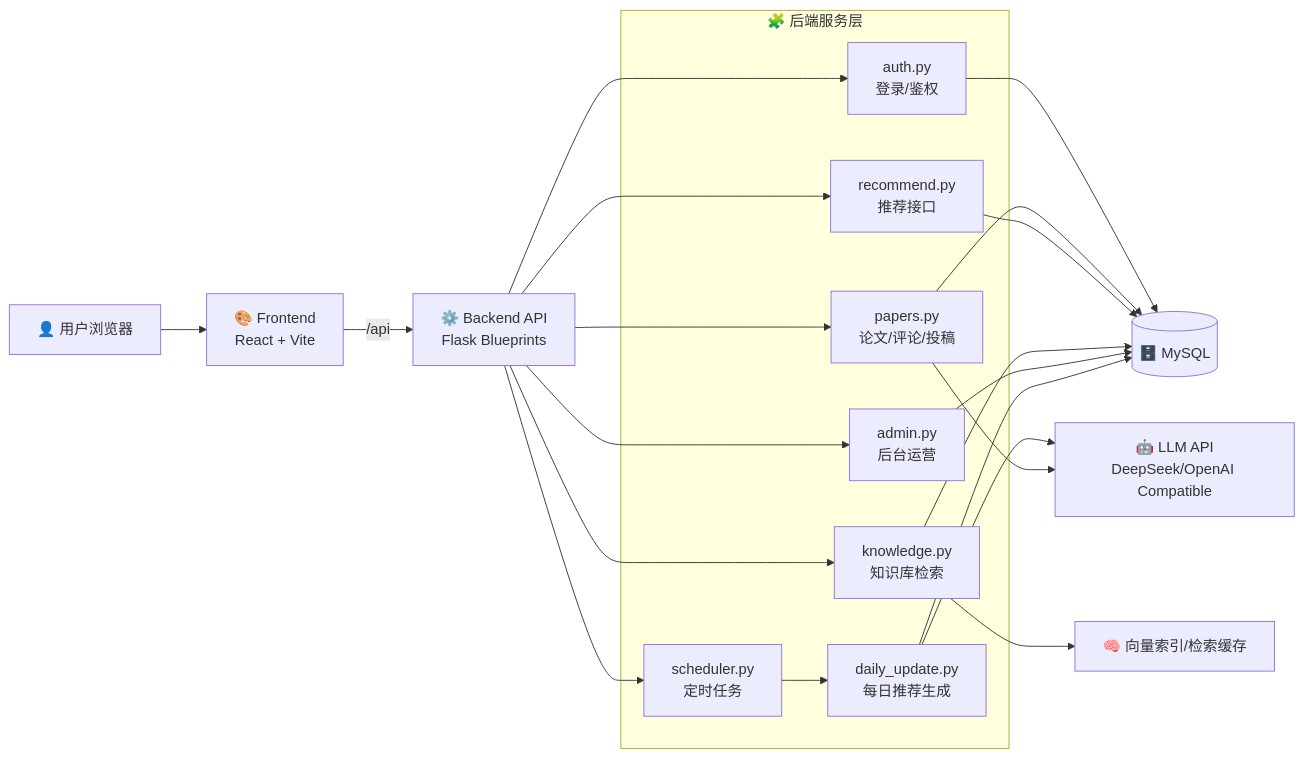
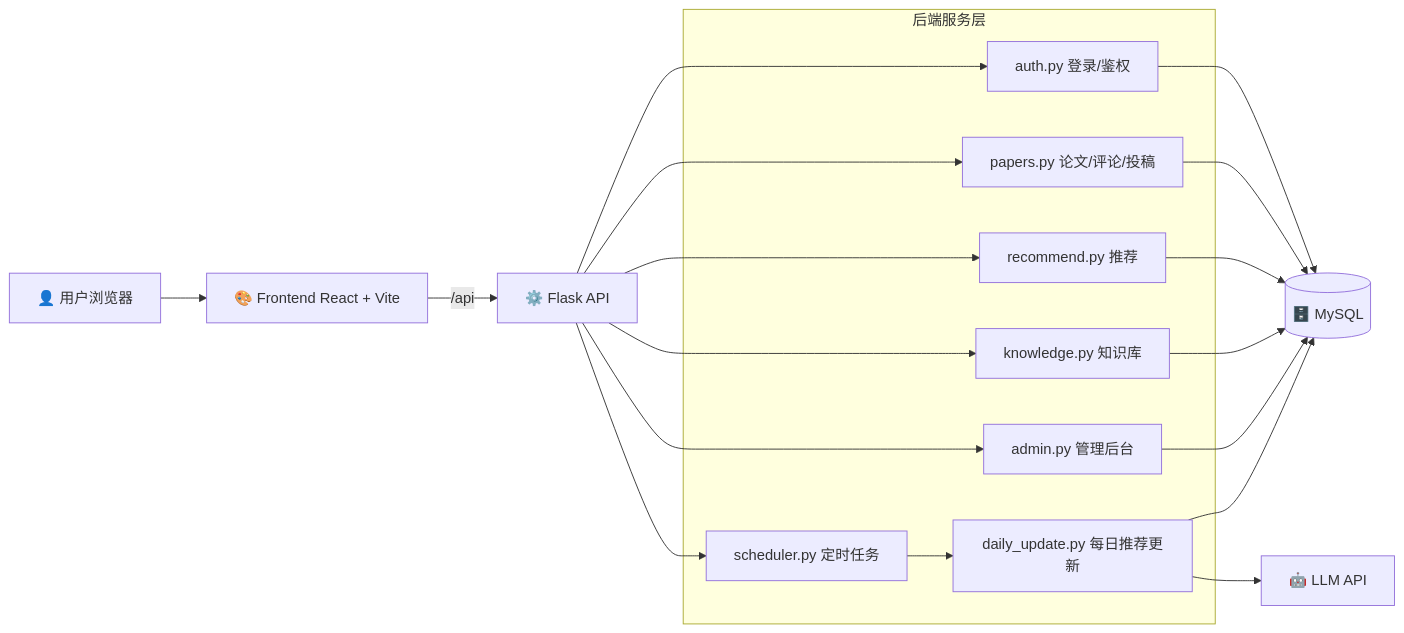
Before and after one commit to dndxlihao/PaperFlow: the diagram in README.md, drawn with Mermaid. The commit also changed other lines of this file, not shown here.

````diff
--- a/README.md
+++ b/README.md
@@ -45,34 +49,31 @@
 ```mermaid
 flowchart LR
-  U[👤 用户浏览器] --> FE[🎨 Frontend<br/>React + Vite]
-  FE -->|/api| BE[⚙️ Backend API<br/>Flask Blueprints]
+  U[👤 用户浏览器] --> FE[🎨 Frontend React + Vite]
+  FE -->|/api| BE[⚙️ Flask API]
 
-  subgraph BackendServices[🧩 后端服务层]
-    Auth[auth.py<br/>登录/鉴权]
-    Papers[papers.py<br/>论文/评论/投稿]
-    Rec[recommend.py<br/>推荐接口]
-    KB[knowledge.py<br/>知识库检索]
-    Admin[admin.py<br/>后台运营]
-    Sch[scheduler.py<br/>定时任务]
-    DU[daily_update.py<br/>每日推荐生成]
+  subgraph B[后端服务层]
+    Auth[auth.py 登录/鉴权]
+    Papers[papers.py 论文/评论/投稿]
+    Rec[recommend.py 推荐]
+    KB[knowledge.py 知识库]
+    Admin[admin.py 管理后台]
+    Sch[scheduler.py 定时任务]
+    DU[daily_update.py 每日推荐更新]
   end
 
   BE --> Auth
   BE --> Papers
   BE --> Rec
   BE --> KB
   BE --> Admin
   BE --> Sch
   Sch --> DU
-
-  DU --> LLM[🤖 LLM API<br/>DeepSeek/OpenAI Compatible]
-  Papers --> LLM
-  KB --> IDX[🧠 向量索引/检索缓存]
+  DU --> LLM[🤖 LLM API]
 
   Auth --> DB[(🗄️ MySQL)]
   Papers --> DB
   Rec --> DB
   KB --> DB
   Admin --> DB
   DU --> DB
 ```
````
